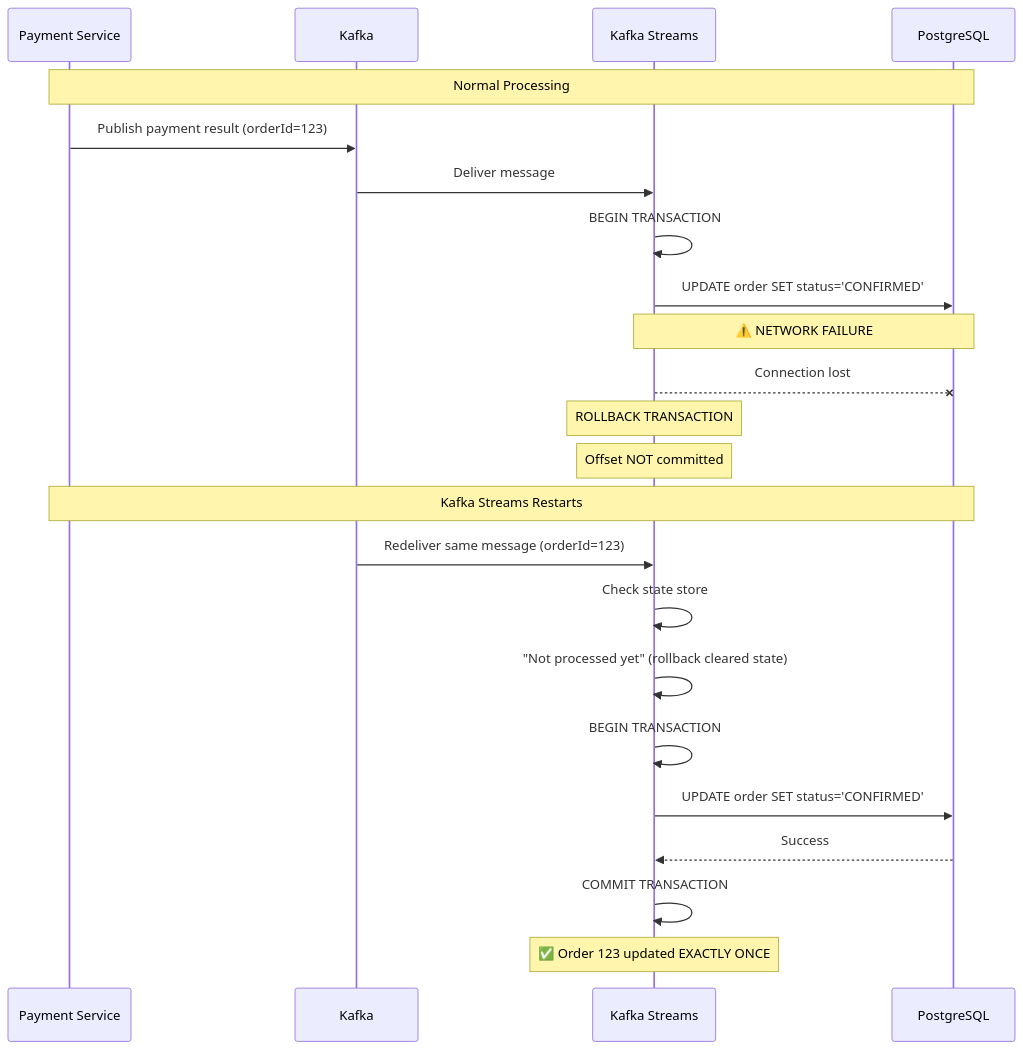
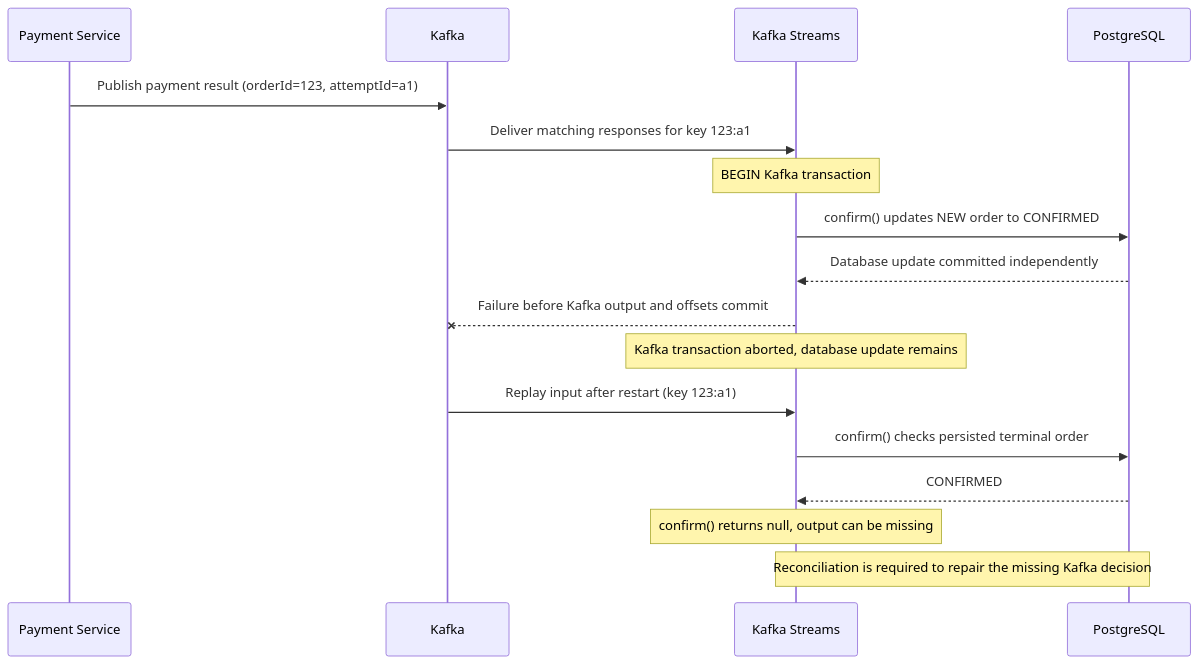
The third of 10 diagrams in order-service/docs/06-Saga-Confusion-Points-Clarified.md (rajadilipkolli/spring-boot-microservices-series-v2), drawn with Mermaid before and after one commit. The commit also changed other lines of this file and 51 other files, not shown here.

````diff
--- a/order-service/docs/06-Saga-Confusion-Points-Clarified.md
+++ b/order-service/docs/06-Saga-Confusion-Points-Clarified.md
@@ -203,29 +170,20 @@
 ```mermaid
 sequenceDiagram
     participant P as Payment Service
     participant K as Kafka
     participant KS as Kafka Streams
     participant DB as PostgreSQL
     
-    Note over P,DB: Normal Processing
-    P->>K: Publish payment result (orderId=123)
-    K->>KS: Deliver message
-    KS->>KS: BEGIN TRANSACTION
-    KS->>DB: UPDATE order SET status='CONFIRMED'
-    
-    Note over KS,DB: ⚠️ NETWORK FAILURE
-    KS--xDB: Connection lost
-    Note over KS: ROLLBACK TRANSACTION
-    Note over KS: Offset NOT committed
-    
-    Note over P,DB: Kafka Streams Restarts
-    K->>KS: Redeliver same message (orderId=123)
-    KS->>KS: Check state store
-    KS->>KS: "Not processed yet" (rollback cleared state)
-    KS->>KS: BEGIN TRANSACTION
-    KS->>DB: UPDATE order SET status='CONFIRMED'
-    DB-->>KS: Success
-    KS->>KS: COMMIT TRANSACTION
-    
-    Note over KS: ✅ Order 123 updated EXACTLY ONCE
+    P->>K: Publish payment result (orderId=123, attemptId=a1)
+    K->>KS: Deliver matching responses for key 123:a1
+    Note over KS: BEGIN Kafka transaction
+    KS->>DB: confirm() updates NEW order to CONFIRMED
+    DB-->>KS: Database update committed independently
+    KS--xK: Failure before Kafka output and offsets commit
+    Note over KS: Kafka transaction aborted, database update remains
+    K->>KS: Replay input after restart (key 123:a1)
+    KS->>DB: confirm() checks persisted terminal order
+    DB-->>KS: CONFIRMED
+    Note over KS: confirm() returns null, output can be missing
+    Note over KS,DB: Reconciliation is required to repair the missing Kafka decision
 ```
````
